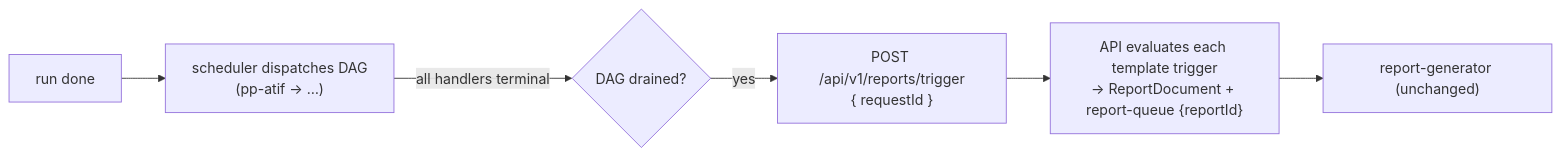
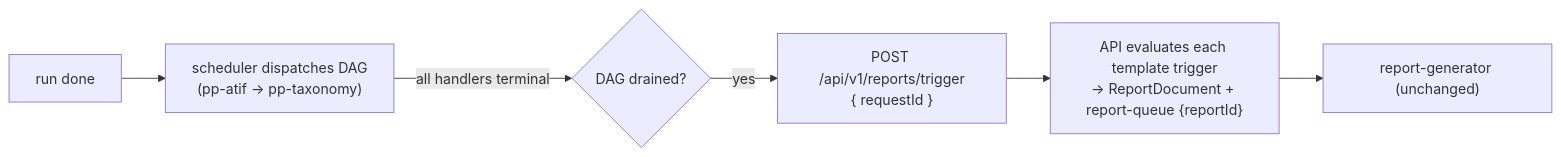
The third of 4 diagrams in docs/architecture/post-processing.md (1aifanatic/scope), drawn with Mermaid before and after one commit. The commit also changed other lines of this file and 38 other files, not shown here.

First line of the commit message:
feat(taxonomy): restack readout handler on DAG foundation

````diff
--- a/docs/architecture/post-processing.md
+++ b/docs/architecture/post-processing.md
@@ -251,8 +304,8 @@
 ```mermaid
 flowchart LR
-    RT["run done"] --> DAG["scheduler dispatches DAG<br/>(pp-atif → …)"]
+    RT["run done"] --> DAG["scheduler dispatches DAG<br/>(pp-atif → pp-taxonomy)"]
     DAG -->|"all handlers terminal"| DR{DAG drained?}
     DR -->|yes| TRIG["POST /api/v1/reports/trigger<br/>{ requestId }"]
     TRIG --> API["API evaluates each template trigger<br/>→ ReportDocument + report-queue {reportId}"]
     API --> RG["report-generator (unchanged)"]
 ```
````
